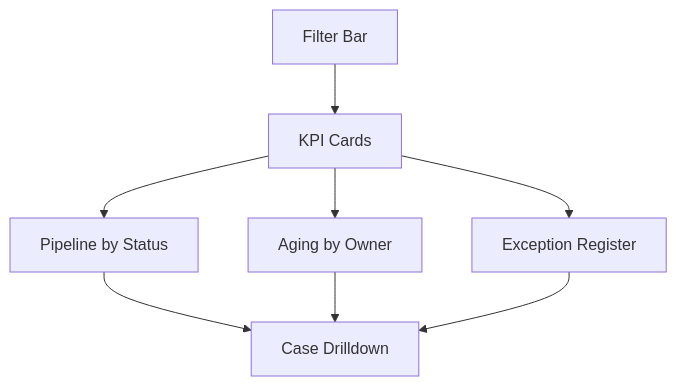
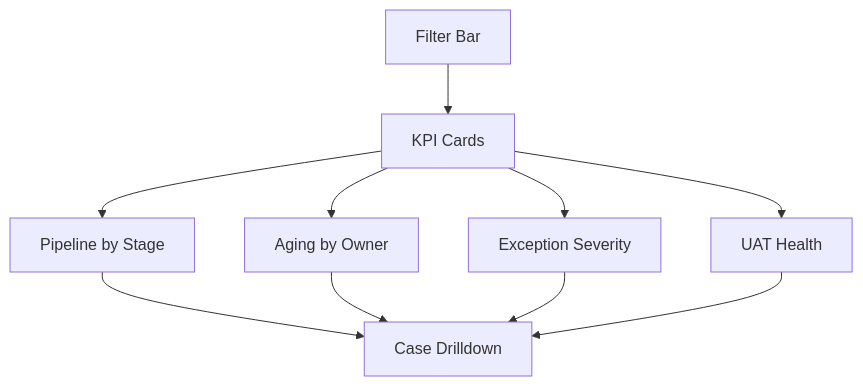
One commit to Xiang13-gif/business-credit-system-enhancement-case-study changed the diagram in docs/10-dashboard-mockup.md. Above: the diagram before and after it, drawn with Mermaid. The commit also changed other lines of this file and 31 other files, not shown here.

````diff
--- a/docs/10-dashboard-mockup.md
+++ b/docs/10-dashboard-mockup.md
@@ -61,10 +63,12 @@
 ```mermaid
 flowchart TD
     A[Filter Bar] --> B[KPI Cards]
-    B --> C[Pipeline by Status]
+    B --> C[Pipeline by Stage]
     B --> D[Aging by Owner]
-    B --> E[Exception Register]
+    B --> E[Exception Severity]
+    B --> G[UAT Health]
     C --> F[Case Drilldown]
     D --> F
     E --> F
+    G --> F
 ```
````
